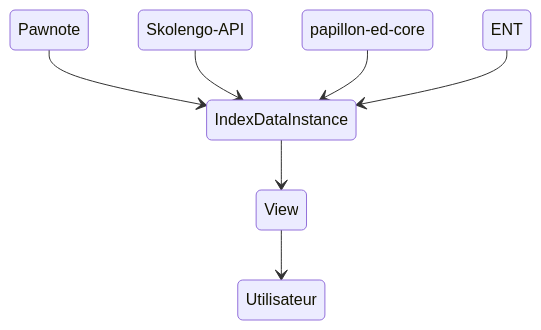
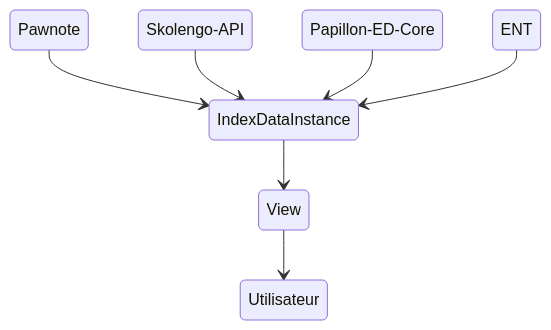
Before and after one commit to PapillonApp/docs: the diagram in docs/development/ent.md, drawn with Mermaid. The commit also changed other lines of this file and 10 other files, not shown here.

````diff
--- a/docs/development/ent.md
+++ b/docs/development/ent.md
@@ -24,16 +24,16 @@
 ``` mermaid
 stateDiagram-v2
     
     skapi : Skolengo-API
-    EcoleDirecte : papillon-ed-core
+    EcoleDirecte : Papillon-ED-Core
     
 
     Pawnote --> IndexDataInstance
     skapi --> IndexDataInstance
     EcoleDirecte --> IndexDataInstance
     ENT --> IndexDataInstance
     
 
     IndexDataInstance --> View
     View --> Utilisateur
 ```
````
